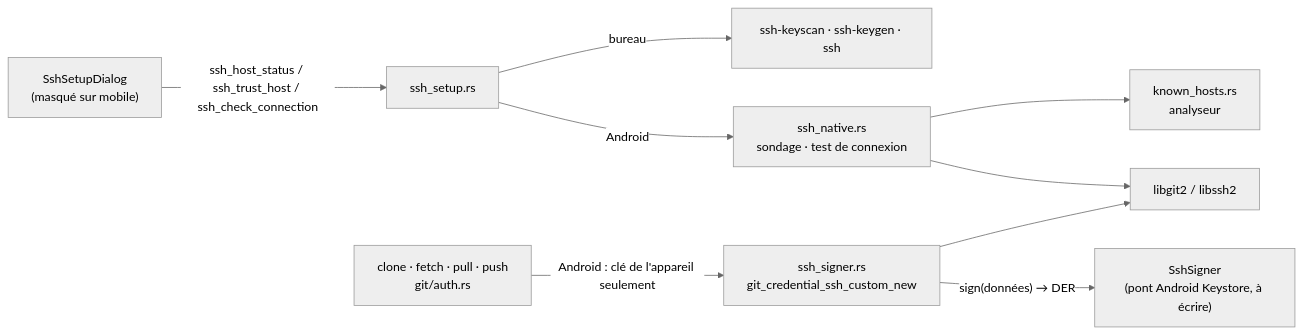
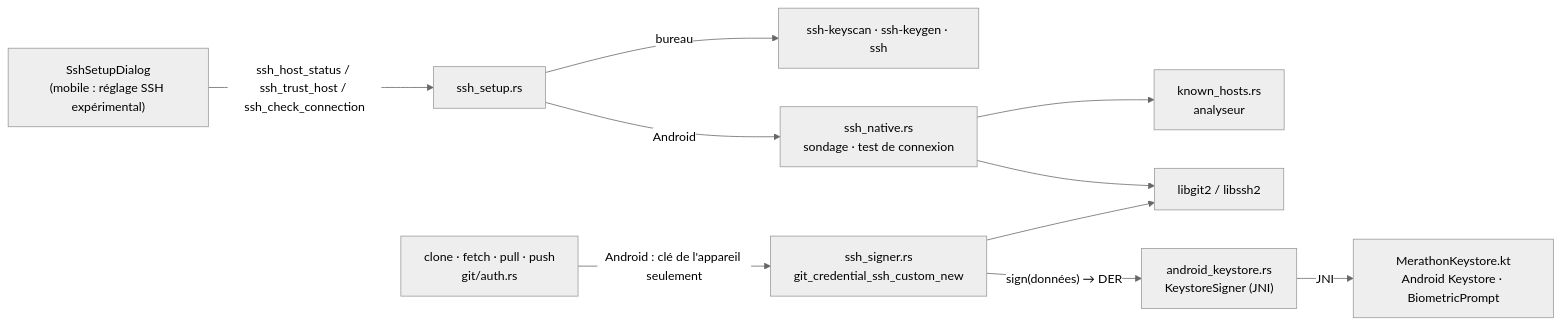
One commit to J-Dudek/git-management changed the diagram in docs/android-ssh/README.md. Above: the diagram before and after it, drawn with Mermaid (neutral theme). The commit also changed other lines of this file and 7 other files, not shown here.

First line of the commit message:
docs: pont Android Keystore, captures et reste à valider sur appareil (#38)

````diff
--- a/docs/android-ssh/README.md
+++ b/docs/android-ssh/README.md
@@ -21,11 +24,12 @@
 ```mermaid
 flowchart LR
-  UI["SshSetupDialog<br/>(masqué sur mobile)"] -->|ssh_host_status / ssh_trust_host / ssh_check_connection| SETUP["ssh_setup.rs"]
+  UI["SshSetupDialog<br/>(mobile : réglage SSH expérimental)"] -->|ssh_host_status / ssh_trust_host / ssh_check_connection| SETUP["ssh_setup.rs"]
   SETUP -->|bureau| OPENSSH["ssh-keyscan · ssh-keygen · ssh"]
   SETUP -->|Android| NATIVE["ssh_native.rs<br/>sondage · test de connexion"]
   NATIVE --> KH["known_hosts.rs<br/>analyseur"]
   NATIVE --> LIBGIT2["libgit2 / libssh2"]
   OPS["clone · fetch · pull · push<br/>git/auth.rs"] -->|Android : clé de l'appareil seulement| SIGNER["ssh_signer.rs<br/>git_credential_ssh_custom_new"]
-  SIGNER -->|"sign(données) → DER"| KEYSTORE["SshSigner<br/>(pont Android Keystore, à écrire)"]
+  SIGNER -->|"sign(données) → DER"| BRIDGE["android_keystore.rs<br/>KeystoreSigner (JNI)"]
+  BRIDGE -->|JNI| KT["MerathonKeystore.kt<br/>Android Keystore · BiometricPrompt"]
   SIGNER --> LIBGIT2
 ```
````
